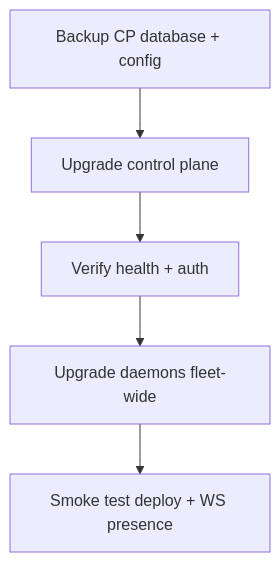
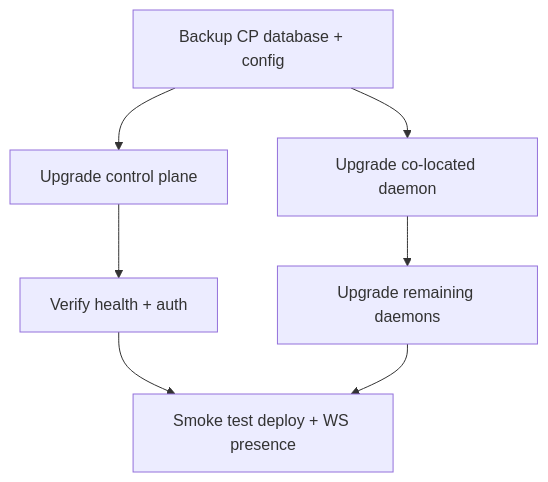
One commit to TurboPanel/website changed the diagram in docs/deployment/upgrade.mdx. Above: the diagram before and after it, drawn with Mermaid. The commit also changed other lines of this file and 35 other files, not shown here.

````diff
--- a/docs/deployment/upgrade.mdx
+++ b/docs/deployment/upgrade.mdx
@@ -83,7 +125,9 @@
 ```mermaid
 graph TD
     A[Backup CP database + config] --> B[Upgrade control plane]
-    B --> C[Verify health + auth]
-    C --> D[Upgrade daemons fleet-wide]
-    D --> E[Smoke test deploy + WS presence]
+    A --> C[Upgrade co-located daemon]
+    B --> D[Verify health + auth]
+    C --> E[Upgrade remaining daemons]
+    D --> F[Smoke test deploy + WS presence]
+    E --> F
 ```
````
